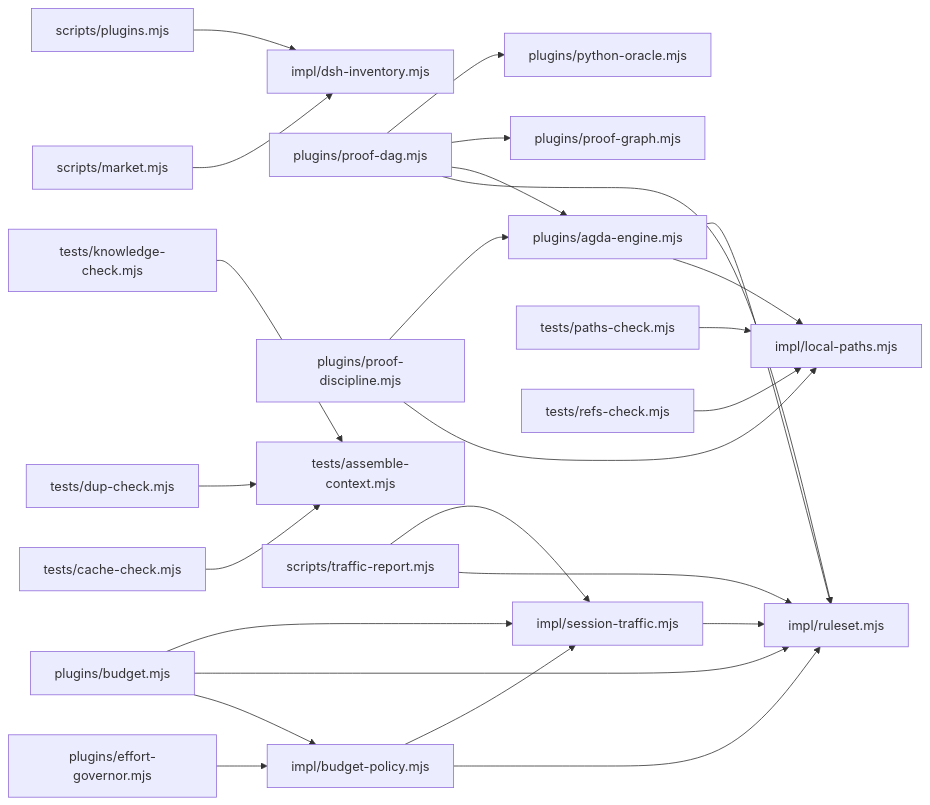
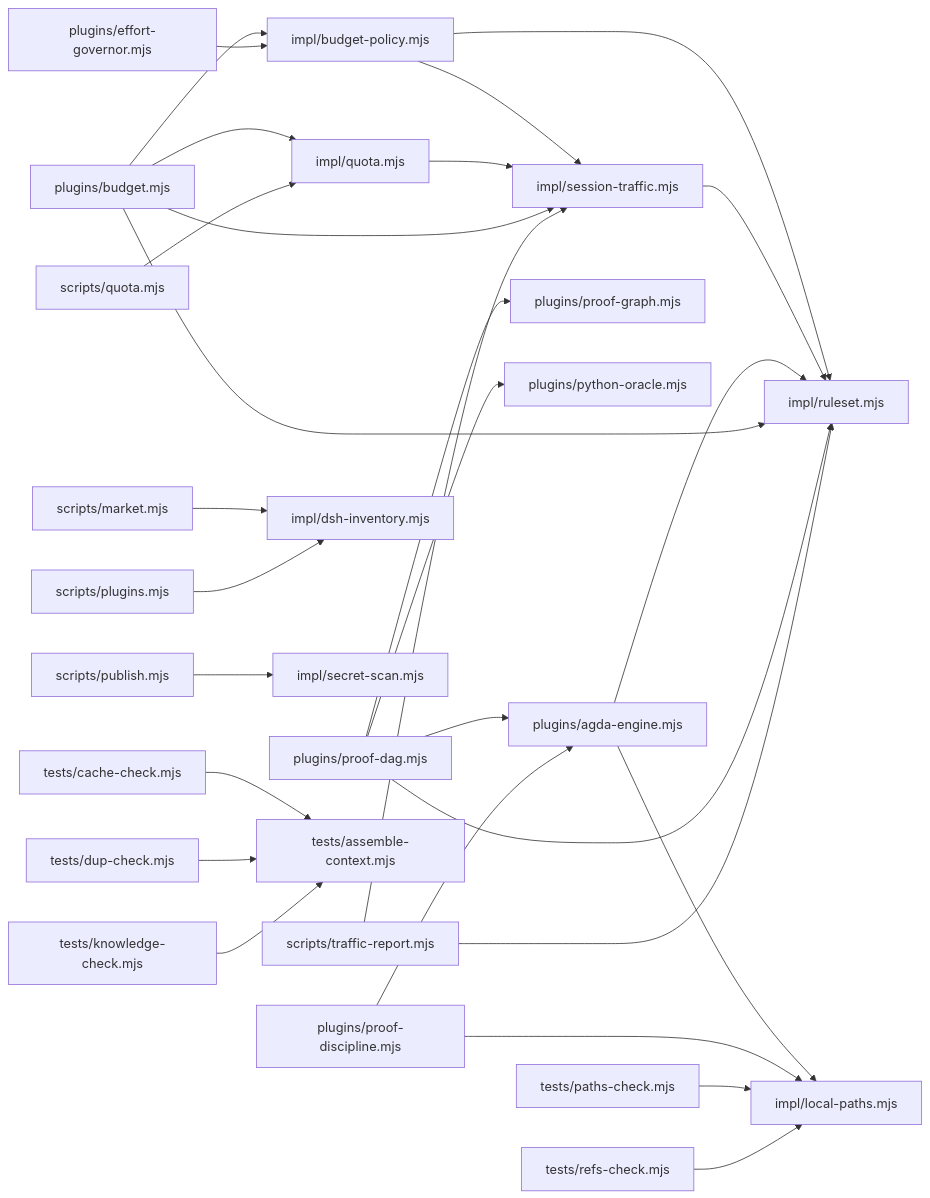
The diagram in math-proof/docs/maps/M2-dependency.md (clearnature/dsh-math-proof), drawn with Mermaid before and after one commit. The commit also changed other lines of this file and 11 other files, not shown here.

````diff
--- a/math-proof/docs/maps/M2-dependency.md
+++ b/math-proof/docs/maps/M2-dependency.md
@@ -56,27 +56,31 @@
 ```mermaid
 graph LR
   impl_budget-policy_mjs["impl/budget-policy.mjs"] --> impl_ruleset_mjs["impl/ruleset.mjs"]
   impl_budget-policy_mjs["impl/budget-policy.mjs"] --> impl_session-traffic_mjs["impl/session-traffic.mjs"]
+  impl_quota_mjs["impl/quota.mjs"] --> impl_session-traffic_mjs["impl/session-traffic.mjs"]
   impl_session-traffic_mjs["impl/session-traffic.mjs"] --> impl_ruleset_mjs["impl/ruleset.mjs"]
   plugins_agda-engine_mjs["plugins/agda-engine.mjs"] --> impl_local-paths_mjs["impl/local-paths.mjs"]
   plugins_agda-engine_mjs["plugins/agda-engine.mjs"] --> impl_ruleset_mjs["impl/ruleset.mjs"]
   plugins_budget_mjs["plugins/budget.mjs"] --> impl_budget-policy_mjs["impl/budget-policy.mjs"]
+  plugins_budget_mjs["plugins/budget.mjs"] --> impl_quota_mjs["impl/quota.mjs"]
   plugins_budget_mjs["plugins/budget.mjs"] --> impl_ruleset_mjs["impl/ruleset.mjs"]
   plugins_budget_mjs["plugins/budget.mjs"] --> impl_session-traffic_mjs["impl/session-traffic.mjs"]
   plugins_effort-governor_mjs["plugins/effort-governor.mjs"] --> impl_budget-policy_mjs["impl/budget-policy.mjs"]
   plugins_proof-dag_mjs["plugins/proof-dag.mjs"] --> impl_ruleset_mjs["impl/ruleset.mjs"]
   plugins_proof-dag_mjs["plugins/proof-dag.mjs"] --> plugins_agda-engine_mjs["plugins/agda-engine.mjs"]
   plugins_proof-dag_mjs["plugins/proof-dag.mjs"] --> plugins_proof-graph_mjs["plugins/proof-graph.mjs"]
   plugins_proof-dag_mjs["plugins/proof-dag.mjs"] --> plugins_python-oracle_mjs["plugins/python-oracle.mjs"]
   plugins_proof-discipline_mjs["plugins/proof-discipline.mjs"] --> impl_local-paths_mjs["impl/local-paths.mjs"]
   plugins_proof-discipline_mjs["plugins/proof-discipline.mjs"] --> plugins_agda-engine_mjs["plugins/agda-engine.mjs"]
   scripts_market_mjs["scripts/market.mjs"] --> impl_dsh-inventory_mjs["impl/dsh-inventory.mjs"]
   scripts_plugins_mjs["scripts/plugins.mjs"] --> impl_dsh-inventory_mjs["impl/dsh-inventory.mjs"]
+  scripts_publish_mjs["scripts/publish.mjs"] --> impl_secret-scan_mjs["impl/secret-scan.mjs"]
+  scripts_quota_mjs["scripts/quota.mjs"] --> impl_quota_mjs["impl/quota.mjs"]
   scripts_traffic-report_mjs["scripts/traffic-report.mjs"] --> impl_ruleset_mjs["impl/ruleset.mjs"]
   scripts_traffic-report_mjs["scripts/traffic-report.mjs"] --> impl_session-traffic_mjs["impl/session-traffic.mjs"]
   tests_cache-check_mjs["tests/cache-check.mjs"] --> tests_assemble-context_mjs["tests/assemble-context.mjs"]
   tests_dup-check_mjs["tests/dup-check.mjs"] --> tests_assemble-context_mjs["tests/assemble-context.mjs"]
   tests_knowledge-check_mjs["tests/knowledge-check.mjs"] --> tests_assemble-context_mjs["tests/assemble-context.mjs"]
   tests_paths-check_mjs["tests/paths-check.mjs"] --> impl_local-paths_mjs["impl/local-paths.mjs"]
   tests_refs-check_mjs["tests/refs-check.mjs"] --> impl_local-paths_mjs["impl/local-paths.mjs"]
 ```
````
